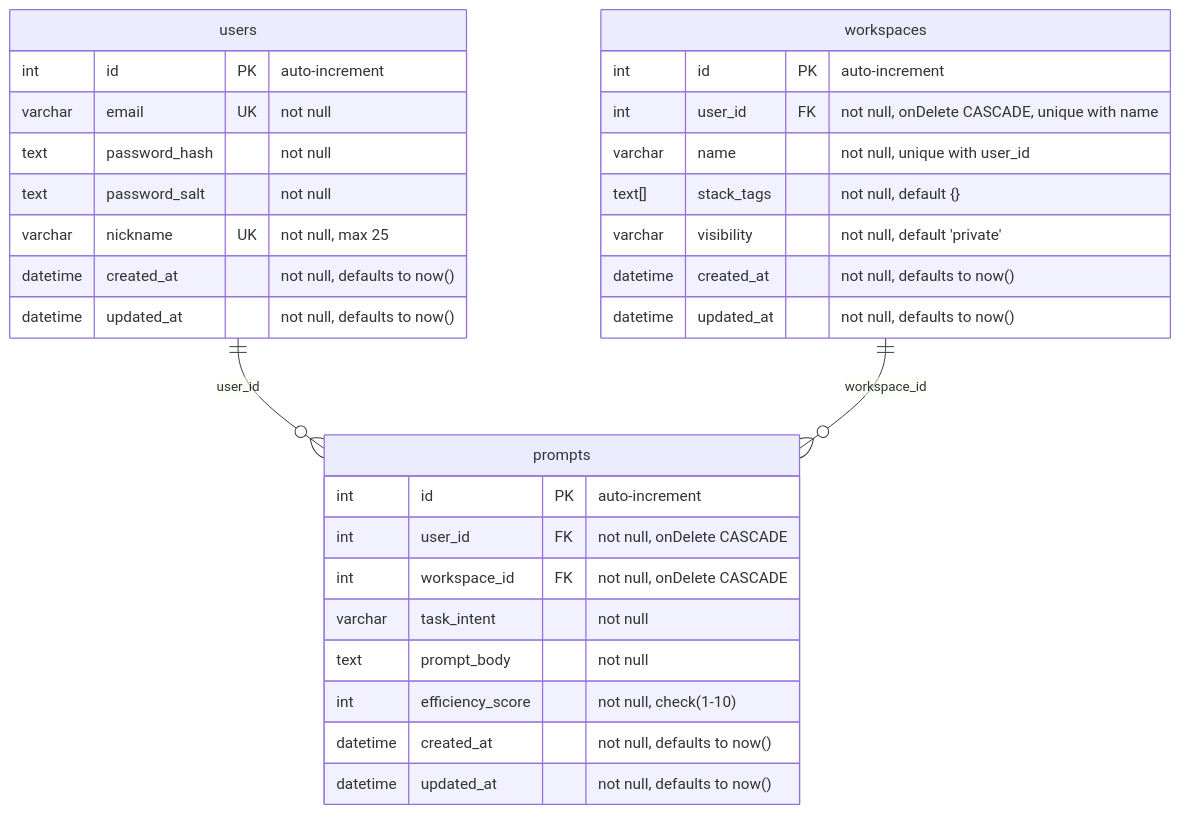
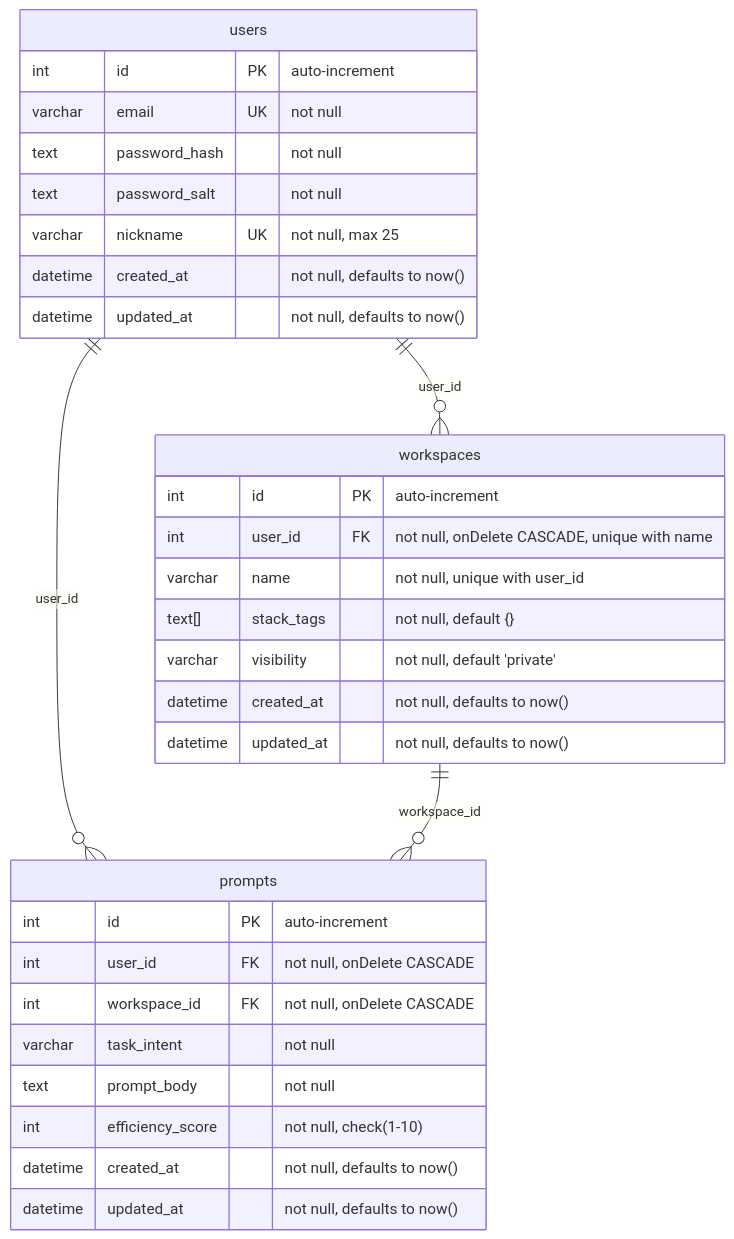
One commit to BinaryStudioAcademy/bsa-2026-promtomat changed the diagram in readme.md. Above: the diagram before and after it, drawn with Mermaid.

Commit message:
fix: add missing users-workspaces relationship to the readme diagram pm-68

````diff
--- a/readme.md
+++ b/readme.md
@@ -40,36 +40,37 @@
 ```mermaid
 erDiagram
     users ||--o{ prompts : "user_id"
     workspaces ||--o{ prompts : "workspace_id"
+    users ||--o{ workspaces : "user_id"
 
     users {
         int id PK "auto-increment"
         varchar email UK "not null"
         text password_hash "not null"
         text password_salt "not null"
         varchar nickname UK "not null, max 25"
         datetime created_at "not null, defaults to now()"
         datetime updated_at "not null, defaults to now()"
     }
 
     workspaces {
         int id PK "auto-increment"
         int user_id FK "not null, onDelete CASCADE, unique with name"
         varchar name "not null, unique with user_id"
         text[] stack_tags "not null, default {}"
         varchar visibility "not null, default 'private'"
         datetime created_at "not null, defaults to now()"
         datetime updated_at "not null, defaults to now()"
     }
 
     prompts {
         int id PK "auto-increment"
         int user_id FK "not null, onDelete CASCADE"
         int workspace_id FK "not null, onDelete CASCADE"
         varchar task_intent "not null"
         text prompt_body "not null"
         int efficiency_score "not null, check(1-10)"
         datetime created_at "not null, defaults to now()"
         datetime updated_at "not null, defaults to now()"
     }
 ```
````
